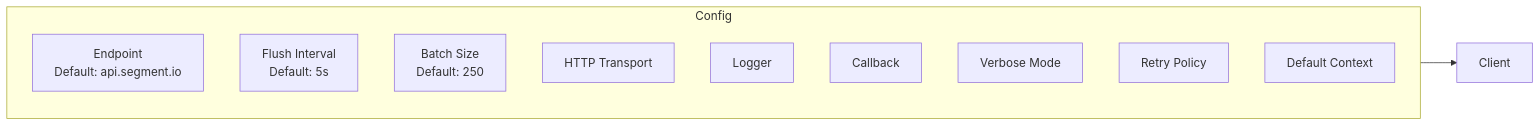
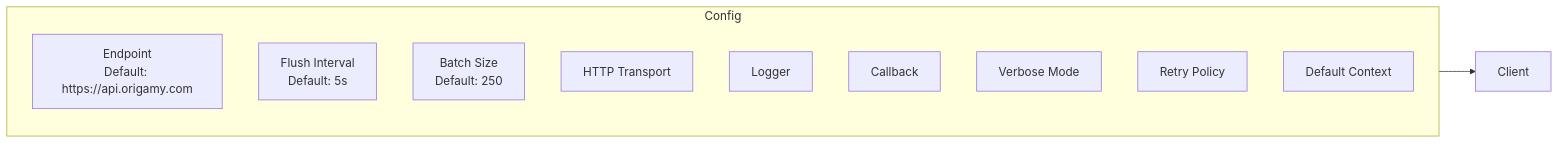
Before and after one commit to QubelyLabs/origamy-go-sdk: the seventh of 8 diagrams in ARCH.md, drawn with Mermaid. The commit also changed other lines of this file and 2 other files, not shown here.

````diff
--- a/ARCH.md
+++ b/ARCH.md
@@ -444,16 +435,16 @@
 ```mermaid
 graph LR
     subgraph Config
-        Endpoint[Endpoint<br>Default: api.segment.io]
+        Endpoint[Endpoint<br>Default: https://api.origamy.com]
         Interval[Flush Interval<br>Default: 5s]
         BatchSize[Batch Size<br>Default: 250]
         Transport[HTTP Transport]
         Logger[Logger]
         Callback[Callback]
         Verbose[Verbose Mode]
         RetryAfter[Retry Policy]
         DefaultContext[Default Context]
     end
 
     Config --> Client
 ```
````
